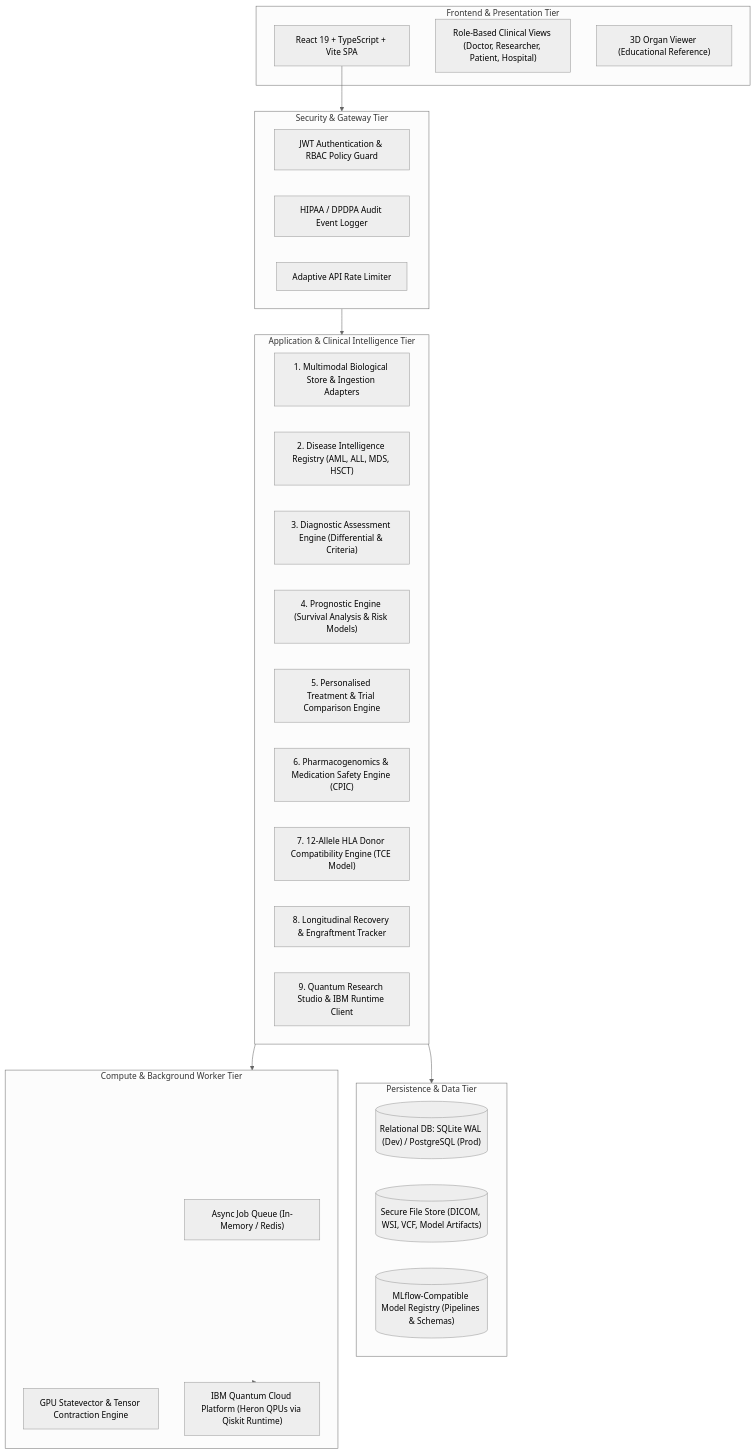
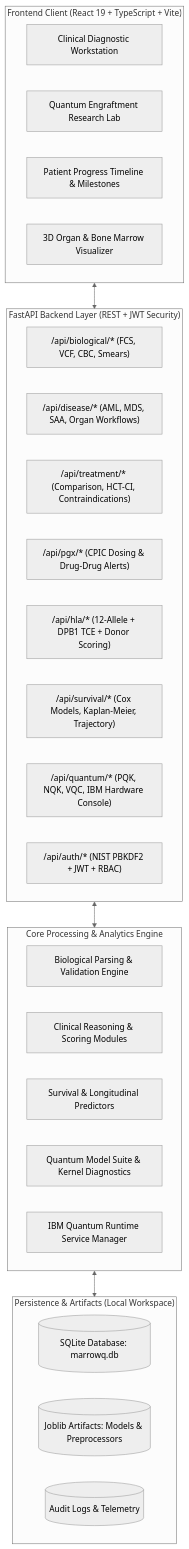
The diagram in TARGET_ARCHITECTURE.md (Nikhil-r-projects/marrowQ-quanthack-project), drawn with Mermaid (neutral theme) before and after one commit. The commit also changed other lines of this file and 41 other files, not shown here.

Commit message:
Complete MarrowQ multimodal precision medicine platform and quantum ML research suite (Phases 0-8)

````diff
--- a/TARGET_ARCHITECTURE.md
+++ b/TARGET_ARCHITECTURE.md
@@ -13,44 +15,38 @@
 ```mermaid
-graph TB
-    subgraph ClientTier["Frontend & Presentation Tier"]
-        UI["React 19 + TypeScript + Vite SPA"]
-        Views["Role-Based Clinical Views (Doctor, Researcher, Patient, Hospital)"]
-        ThreeJS["3D Organ Viewer (Educational Reference)"]
+flowchart TD
+    subgraph Client["Frontend Client (React 19 + TypeScript + Vite)"]
+        UI1["Clinical Diagnostic Workstation"]
+        UI2["Quantum Engraftment Research Lab"]
+        UI3["Patient Progress Timeline & Milestones"]
+        UI4["3D Organ & Bone Marrow Visualizer"]
     end
 
-    subgraph SecurityTier["Security & Gateway Tier"]
-        AuthMiddleware["JWT Authentication & RBAC Policy Guard"]
-        AuditInterceptor["HIPAA / DPDPA Audit Event Logger"]
-        RateLimiter["Adaptive API Rate Limiter"]
+    subgraph API["FastAPI Backend Layer (REST + JWT Security)"]
+        R1["/api/biological/* (FCS, VCF, CBC, Smears)"]
+        R2["/api/disease/* (AML, MDS, SAA, Organ Workflows)"]
+        R3["/api/treatment/* (Comparison, HCT-CI, Contraindications)"]
+        R4["/api/pgx/* (CPIC Dosing & Drug-Drug Alerts)"]
+        R5["/api/hla/* (12-Allele + DPB1 TCE + Donor Scoring)"]
+        R6["/api/survival/* (Cox Models, Kaplan-Meier, Trajectory)"]
+        R7["/api/quantum/* (PQK, NQK, VQC, IBM Hardware Console)"]
+        R8["/api/auth/* (NIST PBKDF2 + JWT + RBAC)"]
     end
 
-    subgraph CoreServices["Application & Clinical Intelligence Tier"]
-        BioStore["1. Multimodal Biological Store & Ingestion Adapters"]
-        DiseaseReg["2. Disease Intelligence Registry (AML, ALL, MDS, HSCT)"]
-        DiagEngine["3. Diagnostic Assessment Engine (Differential & Criteria)"]
-        ProgEngine["4. Prognostic Engine (Survival Analysis & Risk Models)"]
-        TxEngine["5. Personalised Treatment & Trial Comparison Engine"]
-        PGxEngine["6. Pharmacogenomics & Medication Safety Engine (CPIC)"]
-        DonorEngine["7. 12-Allele HLA Donor Compatibility Engine (TCE Model)"]
-        LongTrack["8. Longitudinal Recovery & Engraftment Tracker"]
-        QuantumLab["9. Quantum Research Studio & IBM Runtime Client"]
+    subgraph Core["Core Processing & Analytics Engine"]
+        C1["Biological Parsing & Validation Engine"]
+        C2["Clinical Reasoning & Scoring Modules"]
+        C3["Survival & Longitudinal Predictors"]
+        C4["Quantum Model Suite & Kernel Diagnostics"]
+        C5["IBM Quantum Runtime Service Manager"]
     end
 
-    subgraph DataStorageTier["Persistence & Data Tier"]
-        SQLiteDB[("Relational DB: SQLite WAL (Dev) / PostgreSQL (Prod)")]
-        FileStore[("Secure File Store (DICOM, WSI, VCF, Model Artifacts)")]
-        ModelReg[("MLflow-Compatible Model Registry (Pipelines & Schemas)")]
+    subgraph Storage["Persistence & Artifacts (Local Workspace)"]
+        DB1[("SQLite Database: marrowq.db")]
+        ART[("Joblib Artifacts: Models & Preprocessors")]
+        AUD[("Audit Logs & Telemetry")]
     end
 
-    subgraph AsyncWorkerTier["Compute & Background Worker Tier"]
-        WorkerQueue["Async Job Queue (In-Memory / Redis)"]
-        GPUWorker["GPU Statevector & Tensor Contraction Engine"]
-        IBMCloud["IBM Quantum Cloud Platform (Heron QPUs via Qiskit Runtime)"]
-    end
-
-    UI --> SecurityTier
-    SecurityTier --> CoreServices
-    CoreServices --> DataStorageTier
-    CoreServices --> AsyncWorkerTier
-    AsyncWorkerTier --> IBMCloud
+    Client <--> API
+    API <--> Core
+    Core <--> Storage
 ```
````
